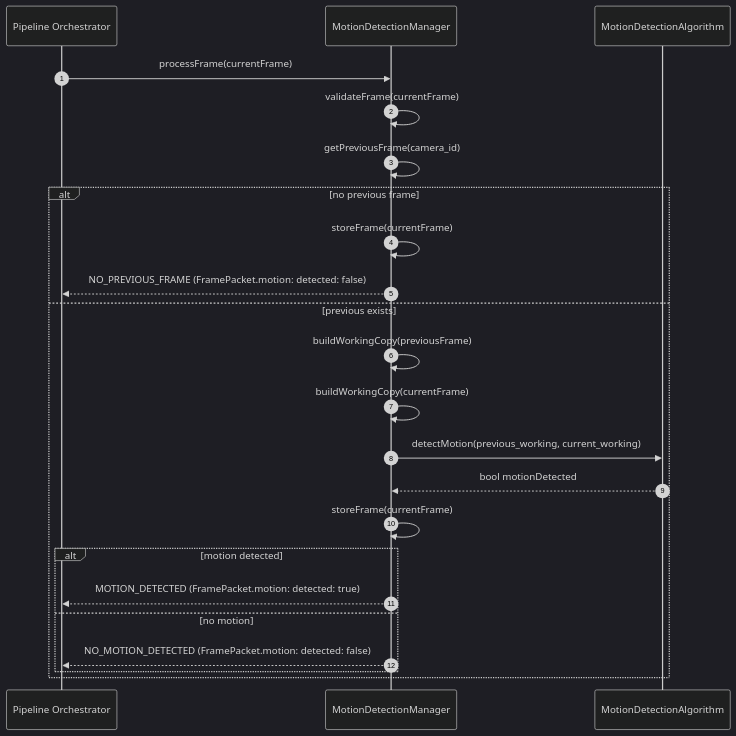
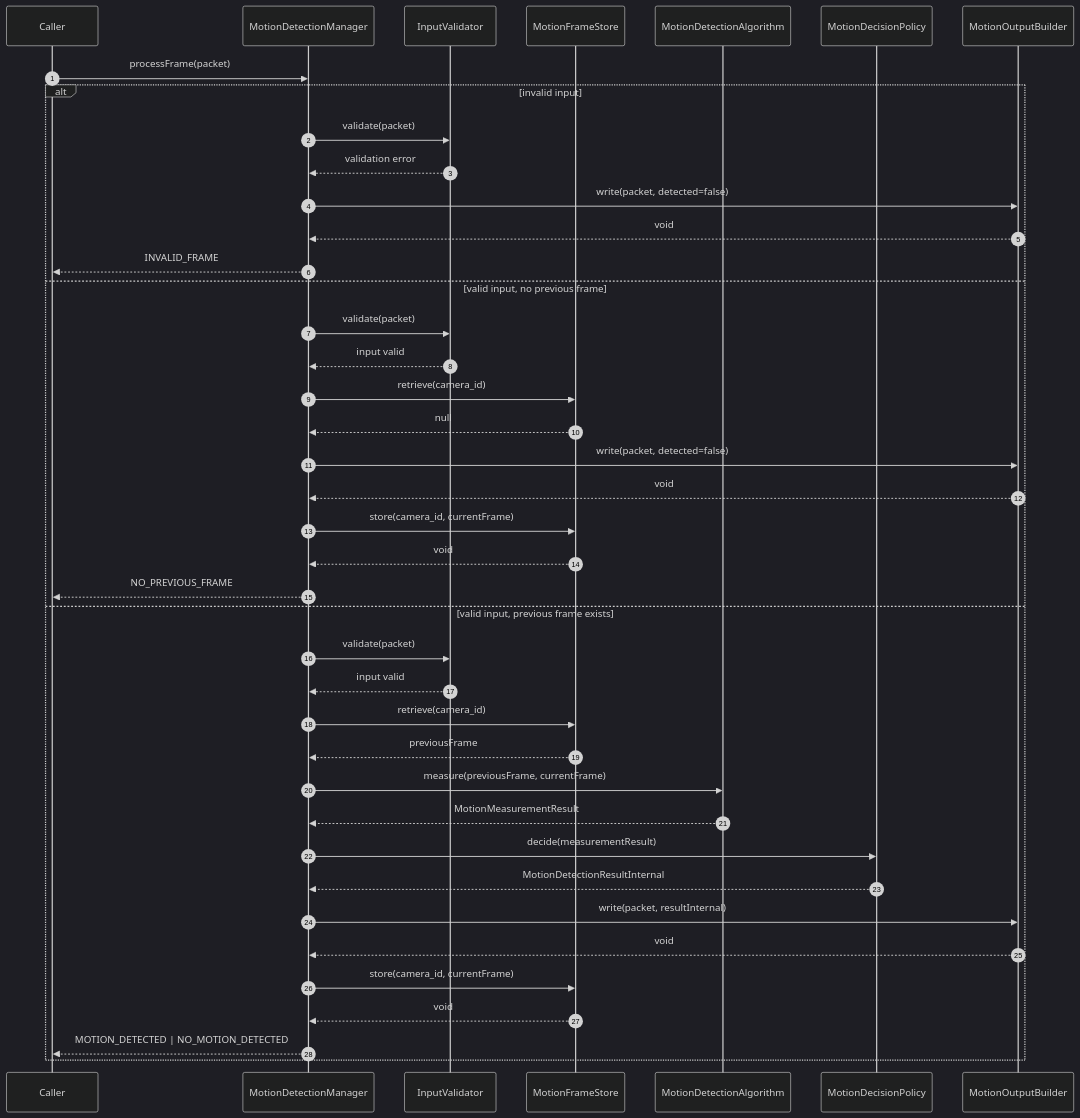
Before and after one commit to talifruman/camera-recognition: the second of 3 diagrams in doc/image_processing_service/motion_detection.md, drawn with Mermaid (dark theme). The commit also changed other lines of this file, not shown here.

Commit message:
docs: rewrite motion detection spec to 18-section skill format

````diff
--- a/doc/image_processing_service/motion_detection.md
+++ b/doc/image_processing_service/motion_detection.md
@@ -151,26 +468,45 @@
 ```mermaid
 sequenceDiagram
-  autonumber
-  participant Orch as Pipeline Orchestrator
-  participant Mgr as MotionDetectionManager
-  participant Alg as MotionDetectionAlgorithm
+    autonumber
+    participant Caller
+    participant Manager as MotionDetectionManager
+    participant Validator as InputValidator
+    participant Store as MotionFrameStore
+    participant Alg as MotionDetectionAlgorithm
+    participant Policy as MotionDecisionPolicy
+    participant Builder as MotionOutputBuilder
 
-  Orch->>Mgr: processFrame(currentFrame)
-  Mgr->>Mgr: validateFrame(currentFrame)
-  Mgr->>Mgr: getPreviousFrame(camera_id)
-  alt no previous frame
-    Mgr->>Mgr: storeFrame(currentFrame)
-    Mgr-->>Orch: NO_PREVIOUS_FRAME (FramePacket.motion: detected: false)
-  else previous exists
-    Mgr->>Mgr: buildWorkingCopy(previousFrame)
-    Mgr->>Mgr: buildWorkingCopy(currentFrame)
-    Mgr->>Alg: detectMotion(previous_working, current_working)
-    Alg-->>Mgr: bool motionDetected
-    Mgr->>Mgr: storeFrame(currentFrame)
-    alt motion detected
-      Mgr-->>Orch: MOTION_DETECTED (FramePacket.motion: detected: true)
-    else no motion
-      Mgr-->>Orch: NO_MOTION_DETECTED (FramePacket.motion: detected: false)
+    Caller->>Manager: processFrame(packet)
+
+    alt invalid input
+        Manager->>Validator: validate(packet)
+        Validator-->>Manager: validation error
+        Manager->>Builder: write(packet, detected=false)
+        Builder-->>Manager: void
+        Manager-->>Caller: INVALID_FRAME
+    else valid input, no previous frame
+        Manager->>Validator: validate(packet)
+        Validator-->>Manager: input valid
+        Manager->>Store: retrieve(camera_id)
+        Store-->>Manager: null
+        Manager->>Builder: write(packet, detected=false)
+        Builder-->>Manager: void
+        Manager->>Store: store(camera_id, currentFrame)
+        Store-->>Manager: void
+        Manager-->>Caller: NO_PREVIOUS_FRAME
+    else valid input, previous frame exists
+        Manager->>Validator: validate(packet)
+        Validator-->>Manager: input valid
+        Manager->>Store: retrieve(camera_id)
+        Store-->>Manager: previousFrame
+        Manager->>Alg: measure(previousFrame, currentFrame)
+        Alg-->>Manager: MotionMeasurementResult
+        Manager->>Policy: decide(measurementResult)
+        Policy-->>Manager: MotionDetectionResultInternal
+        Manager->>Builder: write(packet, resultInternal)
+        Builder-->>Manager: void
+        Manager->>Store: store(camera_id, currentFrame)
+        Store-->>Manager: void
+        Manager-->>Caller: MOTION_DETECTED | NO_MOTION_DETECTED
     end
-  end
 ```
````
